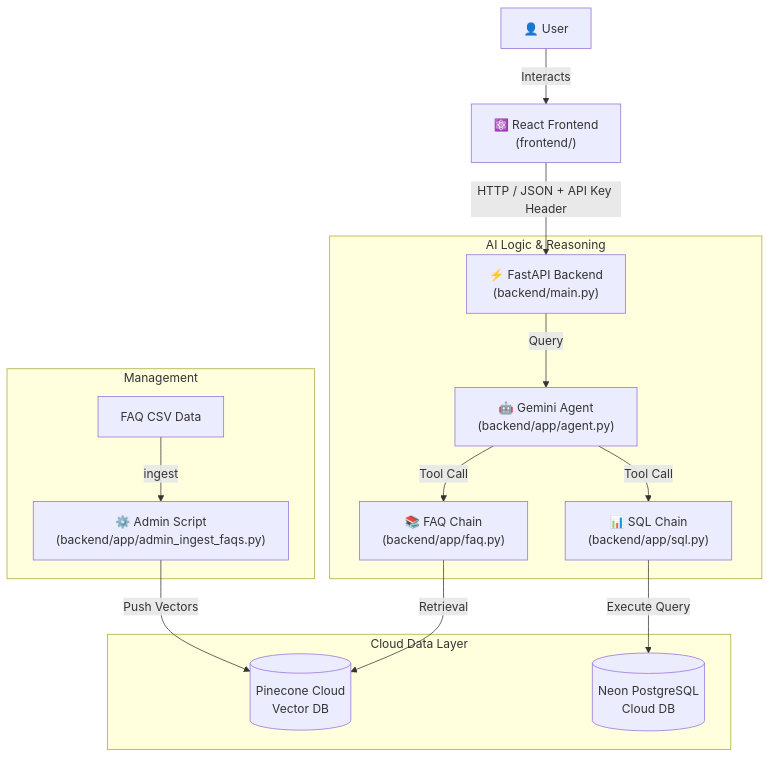
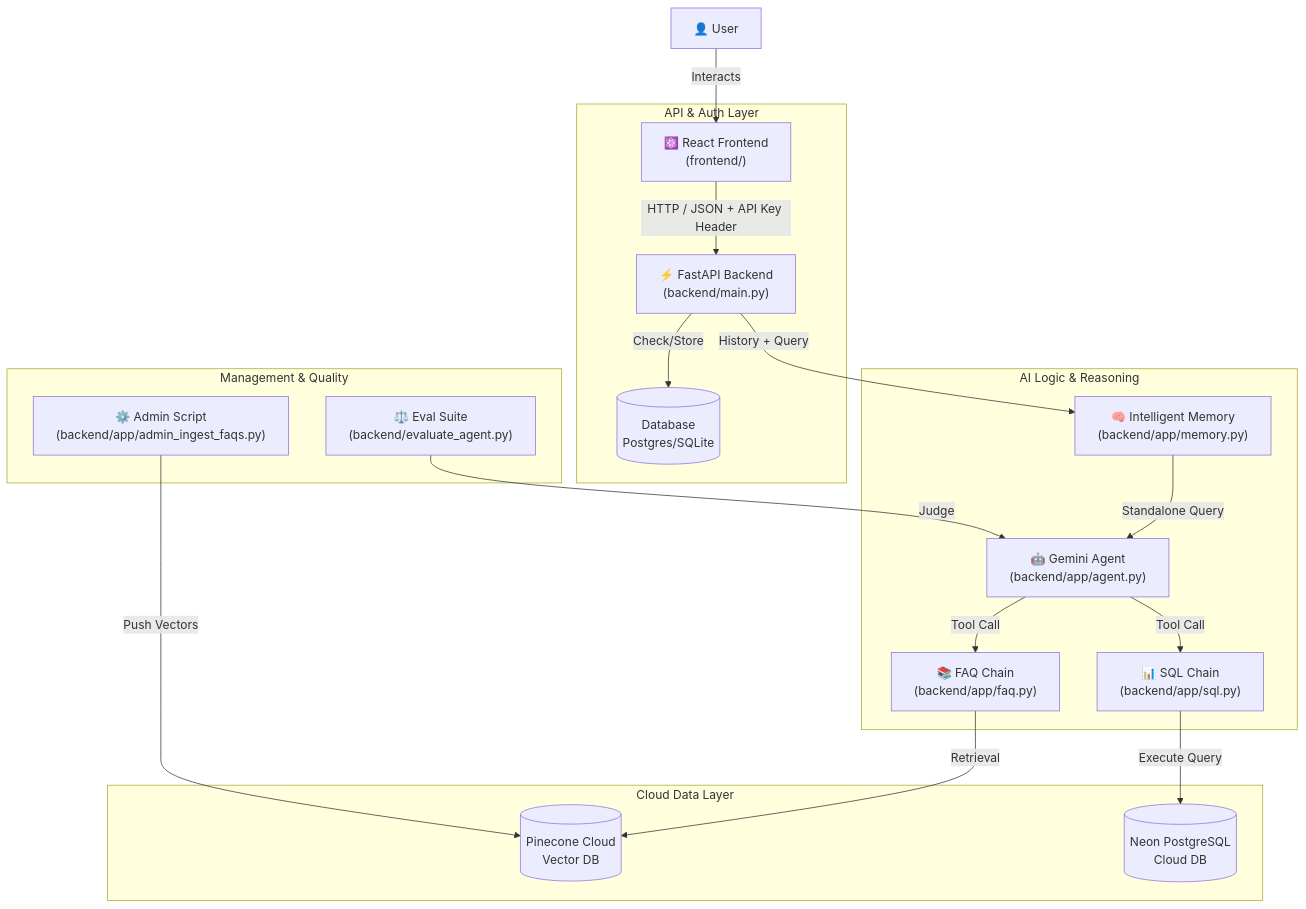
One commit to VIVPM/ecommerce-agent changed the diagram in README.md. Above: the diagram before and after it, drawn with Mermaid. The commit also changed other lines of this file and 6 other files, not shown here.

Commit message:
feat: add agent evaluation suite (rubric, script, test questions, results)

````diff
--- a/README.md
+++ b/README.md
@@ -22,28 +24,32 @@
 ```mermaid
 graph TD
     %% Frontend
     User[👤 User] -->|Interacts| React["⚛️ React Frontend<br>(frontend/)"]
     
-    %% API Layer
-    React -->|HTTP / JSON + API Key Header| FastAPI["⚡ FastAPI Backend<br>(backend/main.py)"]
+    %% Auth & API Layer
+    subgraph API_Layer [API & Auth Layer]
+        React -->|HTTP / JSON + API Key Header| FastAPI["⚡ FastAPI Backend<br>(backend/main.py)"]
+        FastAPI -->|Check/Store| DB[(Database<br>Postgres/SQLite)]
+    end
     
     %% Logic Layer
     subgraph Backend_Logic [AI Logic & Reasoning]
-        FastAPI -->|Query| Agent["🤖 Gemini Agent<br>(backend/app/agent.py)"]
+        FastAPI -->|History + Query| Memory["🧠 Intelligent Memory<br>(backend/app/memory.py)"]
+        Memory -->|Standalone Query| Agent["🤖 Gemini Agent<br>(backend/app/agent.py)"]
         
         Agent -->|Tool Call| FAQ["📚 FAQ Chain<br>(backend/app/faq.py)"]
         Agent -->|Tool Call| SQL["📊 SQL Chain<br>(backend/app/sql.py)"]
     end
 
     %% Data Layer
     subgraph Cloud_Storage [Cloud Data Layer]
         FAQ -->|Retrieval| Pinecone[(Pinecone Cloud<br>Vector DB)]
         SQL -->|Execute Query| Neon[(Neon PostgreSQL<br>Cloud DB)]
     end
 
-    %% Admin Flow
-    subgraph Admin_Tools [Management]
-        CSV[FAQ CSV Data] -->|ingest| AdminScript["⚙️ Admin Script<br>(backend/app/admin_ingest_faqs.py)"]
-        AdminScript -->|Push Vectors| Pinecone
+    %% Admin & Eval
+    subgraph Management [Management & Quality]
+        AdminScript["⚙️ Admin Script<br>(backend/app/admin_ingest_faqs.py)"] -->|Push Vectors| Pinecone
+        EvalSuite["⚖️ Eval Suite<br>(backend/evaluate_agent.py)"] -->|Judge| Agent
     end
 ```
````
